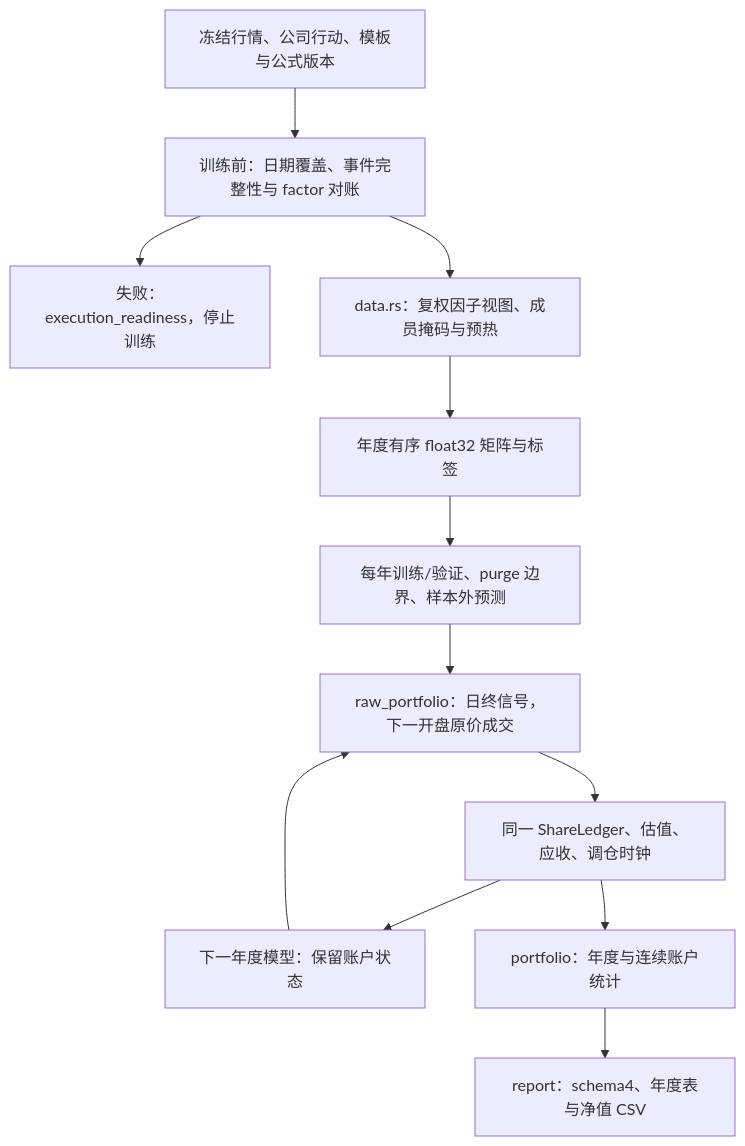
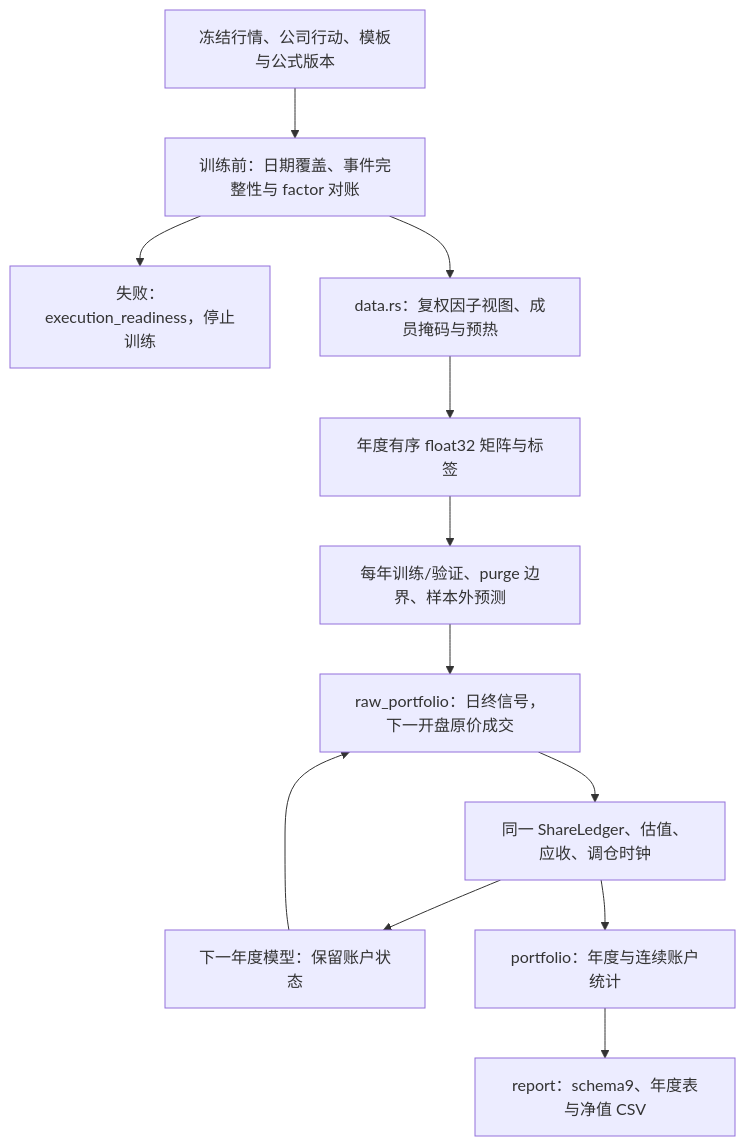
One commit to Dennishaha/JFQuant changed the first of 3 diagrams in crates/ml/src/backtest/README.md. Above: the diagram before and after it, drawn with Mermaid. The commit also changed other lines of this file and 100 other files, not shown here.

````diff
--- a/crates/ml/src/backtest/README.md
+++ b/crates/ml/src/backtest/README.md
@@ -16,14 +16,14 @@
 ```mermaid
 flowchart TD
   INPUT["冻结行情、公司行动、模板与公式版本"] --> READY["训练前：日期覆盖、事件完整性与 factor 对账"]
   READY --> BLOCK["失败：execution_readiness，停止训练"]
   READY --> FACTOR["data.rs：复权因子视图、成员掩码与预热"]
   FACTOR --> CACHE["年度有序 float32 矩阵与标签"]
   CACHE --> MODEL["每年训练/验证、purge 边界、样本外预测"]
   MODEL --> RAW["raw_portfolio：日终信号，下一开盘原价成交"]
   RAW --> ACCOUNT["同一 ShareLedger、估值、应收、调仓时钟"]
   ACCOUNT --> NEXT["下一年度模型：保留账户状态"]
   NEXT --> RAW
   ACCOUNT --> STATS["portfolio：年度与连续账户统计"]
-  STATS --> REPORT["report：schema4、年度表与净值 CSV"]
+  STATS --> REPORT["report：schema9、年度表与净值 CSV"]
 ```
````
